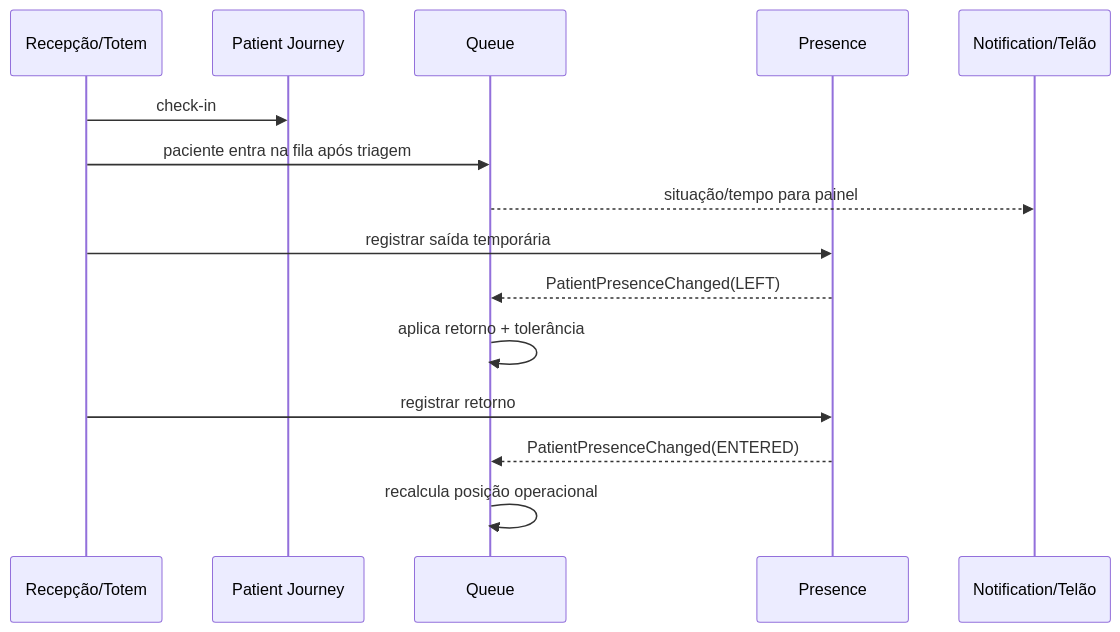
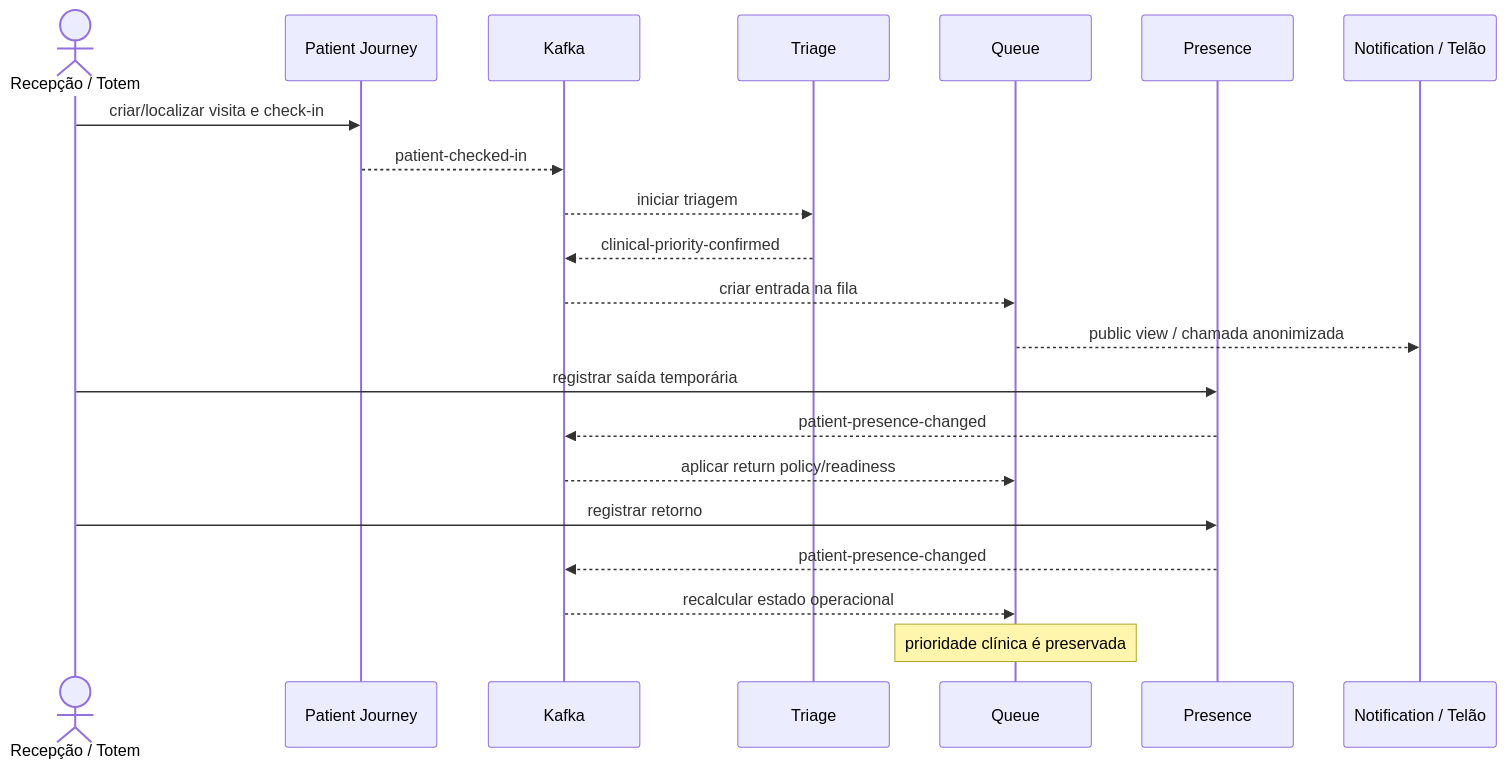
One commit to RafaelPinheiroCosta/sus-smart-care changed the diagram in architecture/diagrams/sequence-no-smartphone.mmd. Above: the diagram before and after it, drawn with Mermaid. The commit also changed 46 other files, not shown here.

```diff
--- a/architecture/diagrams/sequence-no-smartphone.mmd
+++ b/architecture/diagrams/sequence-no-smartphone.mmd
@@ -1,15 +1,25 @@
 sequenceDiagram
-  participant R as Recepção/Totem
-  participant P as Patient Journey
+  actor R as Recepção / Totem
+  participant J as Patient Journey
+  participant K as Kafka
+  participant T as Triage
   participant Q as Queue
-  participant S as Presence
-  participant N as Notification/Telão
-  R->>P: check-in
-  R->>Q: paciente entra na fila após triagem
-  Q-->>N: situação/tempo para painel
-  R->>S: registrar saída temporária
-  S-->>Q: PatientPresenceChanged(LEFT)
-  Q->>Q: aplica retorno + tolerância
-  R->>S: registrar retorno
-  S-->>Q: PatientPresenceChanged(ENTERED)
-  Q->>Q: recalcula posição operacional
+  participant P as Presence
+  participant N as Notification / Telão
+
+  R->>J: criar/localizar visita e check-in
+  J-->>K: patient-checked-in
+  K-->>T: iniciar triagem
+  T-->>K: clinical-priority-confirmed
+  K-->>Q: criar entrada na fila
+  Q-->>N: public view / chamada anonimizada
+
+  R->>P: registrar saída temporária
+  P-->>K: patient-presence-changed
+  K-->>Q: aplicar return policy/readiness
+
+  R->>P: registrar retorno
+  P-->>K: patient-presence-changed
+  K-->>Q: recalcular estado operacional
+
+  Note over Q: prioridade clínica é preservada
```
